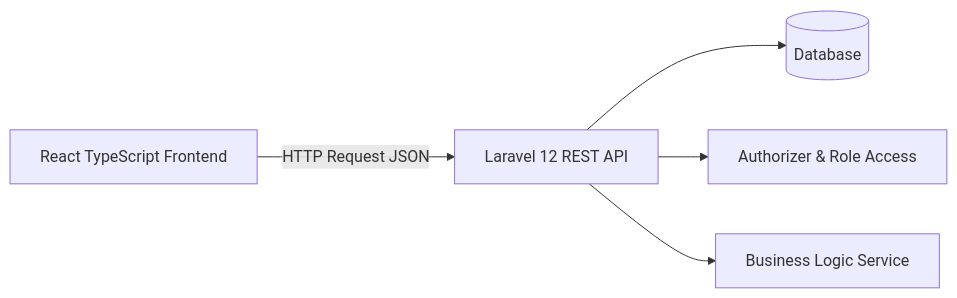
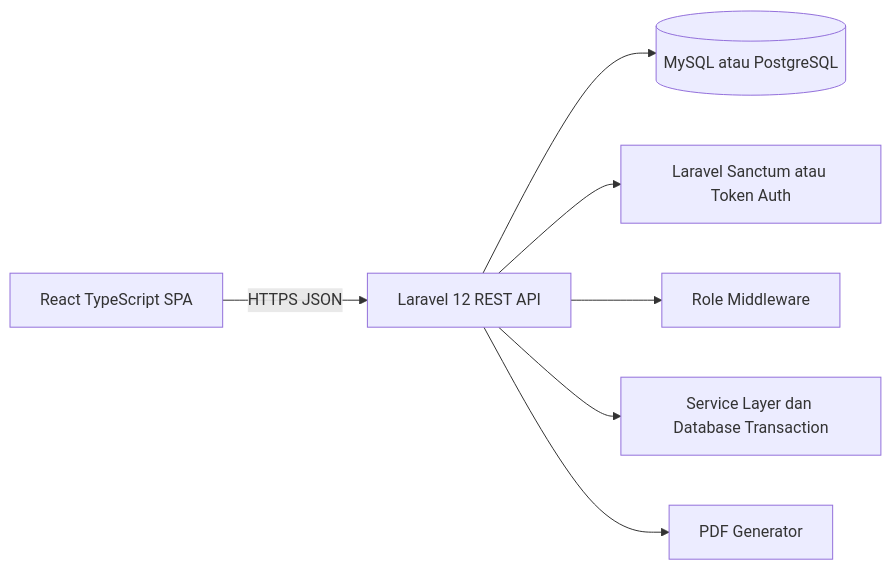
One commit to imanmukhlisin/Service-Inventory-Information-System-BLPT-DIY changed the first of 4 diagrams in PRD/PRD_RANCANGAN_SISTEM_UPJ_AHASS_BLPT_DIY.md. Above: the diagram before and after it, drawn with Mermaid. The commit also changed other lines of this file and 80 other files, not shown here.

Commit message:
feat: initialize full-stack inventory and service management system with API, database schema, and frontend dashboard

````diff
--- a/PRD/PRD_RANCANGAN_SISTEM_UPJ_AHASS_BLPT_DIY.md
+++ b/PRD/PRD_RANCANGAN_SISTEM_UPJ_AHASS_BLPT_DIY.md
@@ -100,7 +308,9 @@
 ```mermaid
 flowchart LR
-    A[React TypeScript Frontend] -->|HTTP Request JSON| B[Laravel 12 REST API]
-    B --> C[(Database)]
-    B --> D[Authorizer & Role Access]
-    B --> E[Business Logic Service]
+    A[React TypeScript SPA] -->|HTTPS JSON| B[Laravel 12 REST API]
+    B --> C[(MySQL atau PostgreSQL)]
+    B --> D[Laravel Sanctum atau Token Auth]
+    B --> E[Role Middleware]
+    B --> F[Service Layer dan Database Transaction]
+    B --> G[PDF Generator]
 ```
````
